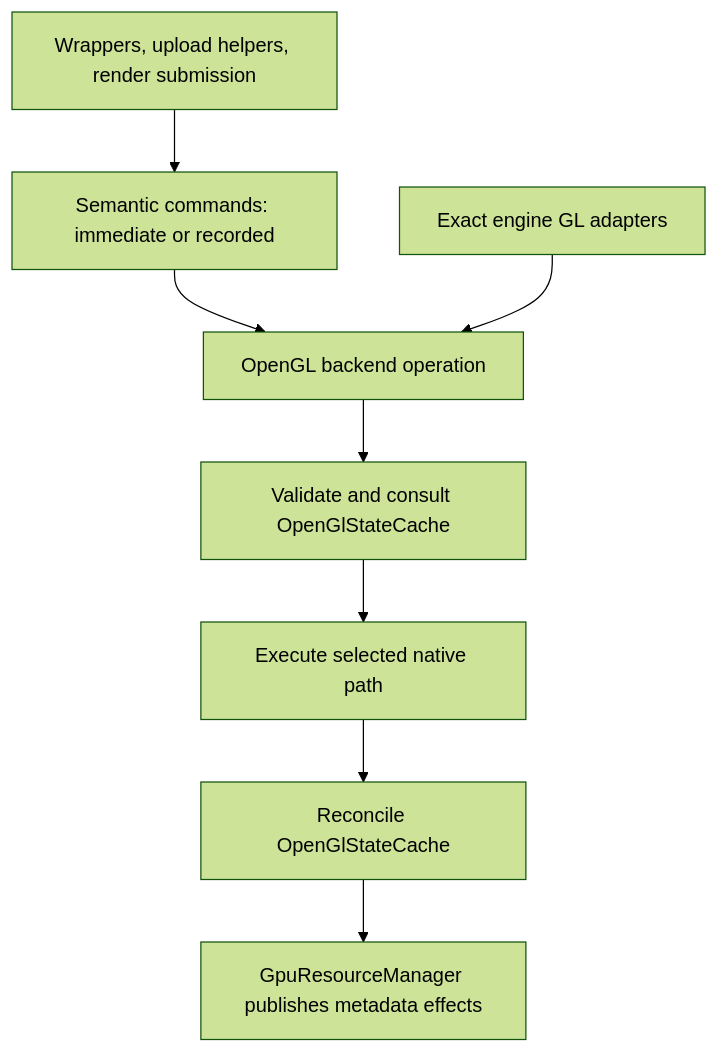
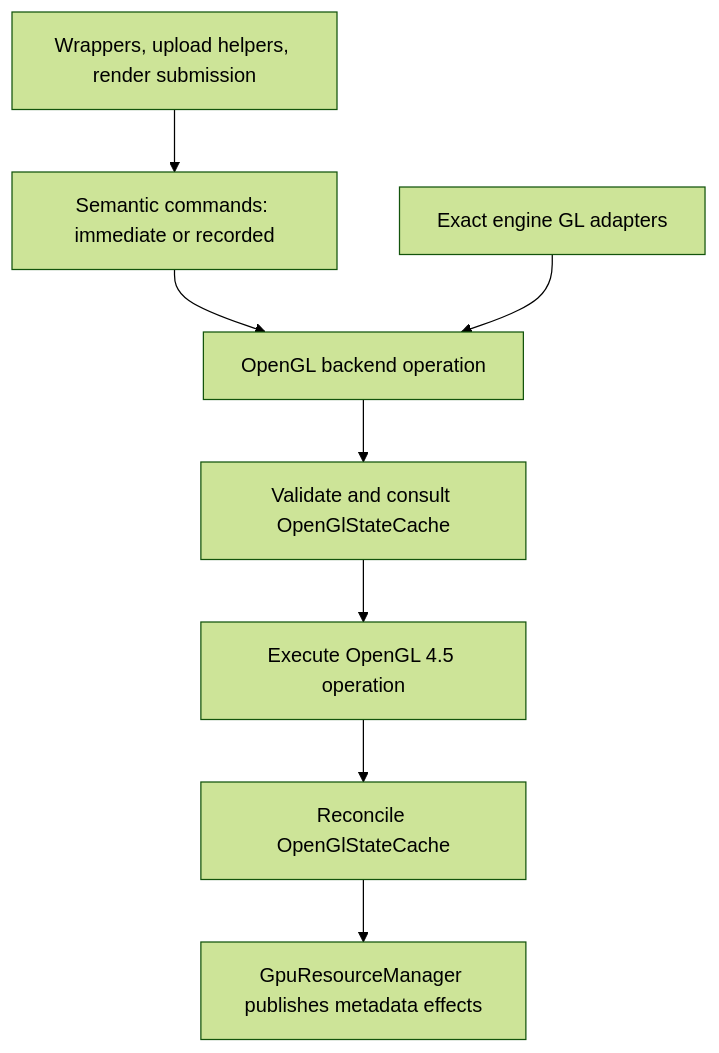
The diagram in docs/Rendering.GpuCommands.Proposal.md (dsisco11/VanillaGraphicsExpanded), drawn with Mermaid (forest theme) before and after one commit. The commit also changed other lines of this file, not shown here.

````diff
--- a/docs/Rendering.GpuCommands.Proposal.md
+++ b/docs/Rendering.GpuCommands.Proposal.md
@@ -27,10 +27,10 @@
 ```mermaid
 flowchart TD
     W[Wrappers, upload helpers, render submission] --> C[Semantic commands: immediate or recorded]
     C --> B[OpenGL backend operation]
     B --> P[Validate and consult OpenGlStateCache]
-    P --> N[Execute selected native path]
+    P --> N[Execute OpenGL 4.5 operation]
     N --> R[Reconcile OpenGlStateCache]
     R --> M[GpuResourceManager publishes metadata effects]
     E[Exact engine GL adapters] --> B
 ```
````
